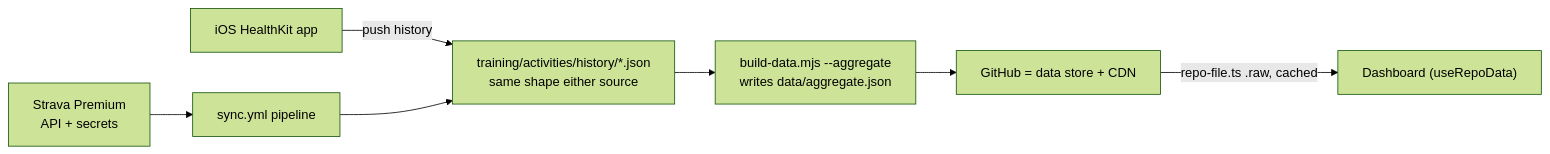
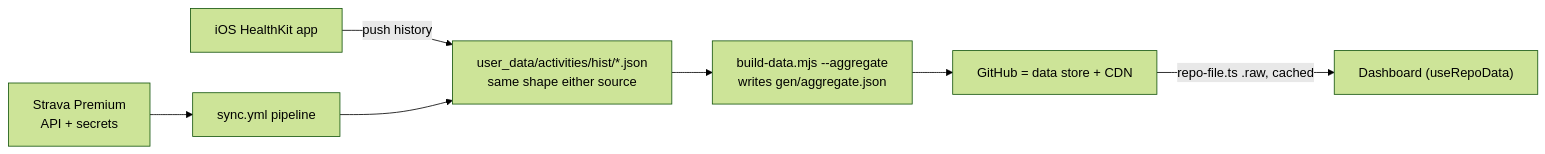
Before and after one commit to sibling-shipyard/coach-hq: the fourth of 7 diagrams in docs/eng-docs/scaling-plan.md, drawn with Mermaid (forest theme). The commit also changed other lines of this file and 10 other files, not shown here.

````diff
--- a/docs/eng-docs/scaling-plan.md
+++ b/docs/eng-docs/scaling-plan.md
@@ -183,9 +183,9 @@
 ```mermaid
 flowchart LR
   strava["Strava Premium<br/>API + secrets"] --> sync["sync.yml pipeline"]
-  ios["iOS HealthKit app"] -->|push history| hist["training/activities/history/*.json<br/>same shape either source"]
+  ios["iOS HealthKit app"] -->|push history| hist["user_data/activities/hist/*.json<br/>same shape either source"]
   sync --> hist
-  hist --> agg["build-data.mjs --aggregate<br/>writes data/aggregate.json"]
+  hist --> agg["build-data.mjs --aggregate<br/>writes gen/aggregate.json"]
   agg --> ghcdn["GitHub = data store + CDN"]
   ghcdn -->|repo-file.ts .raw, cached| dash["Dashboard (useRepoData)"]
 ```
````
